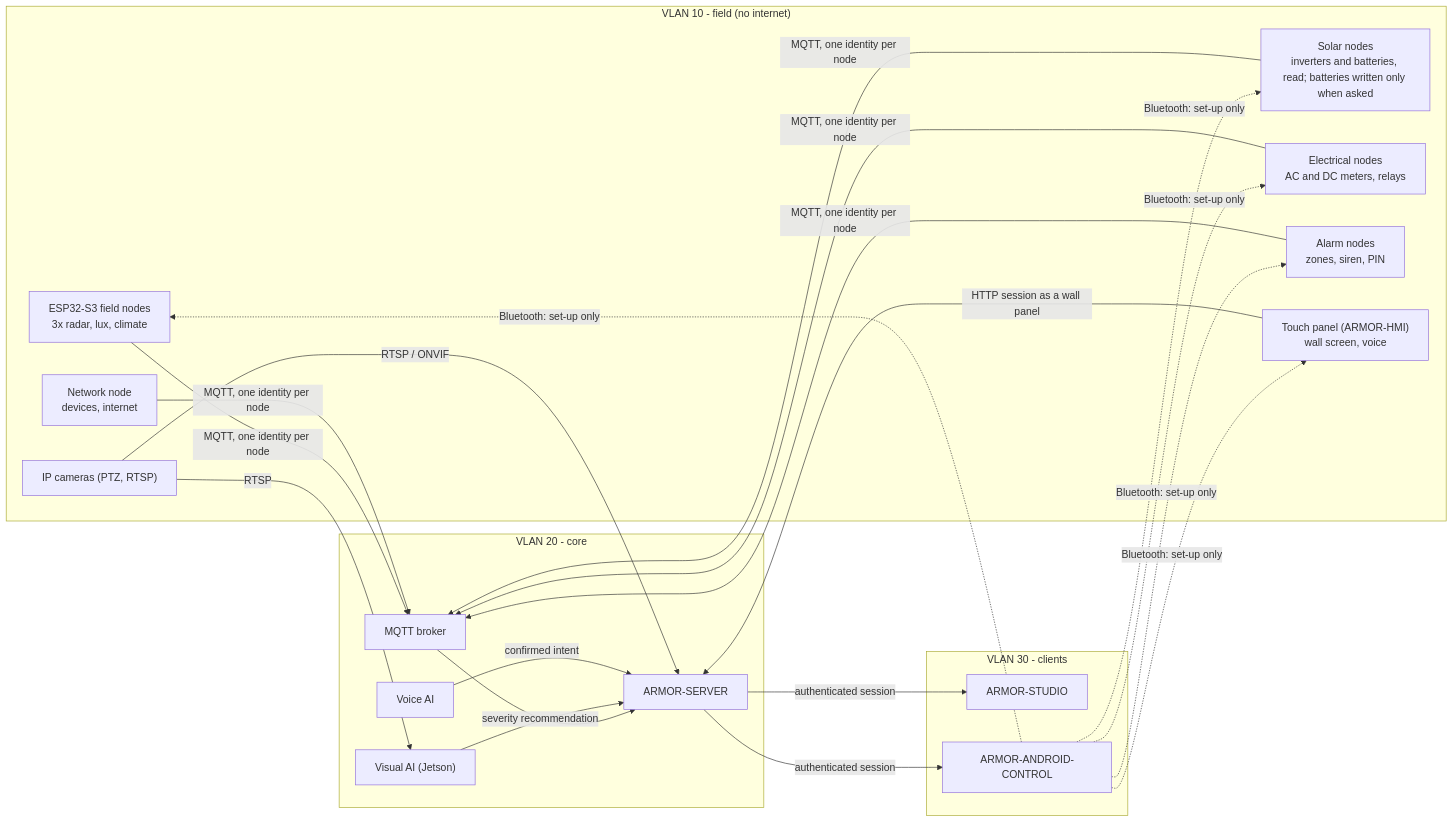
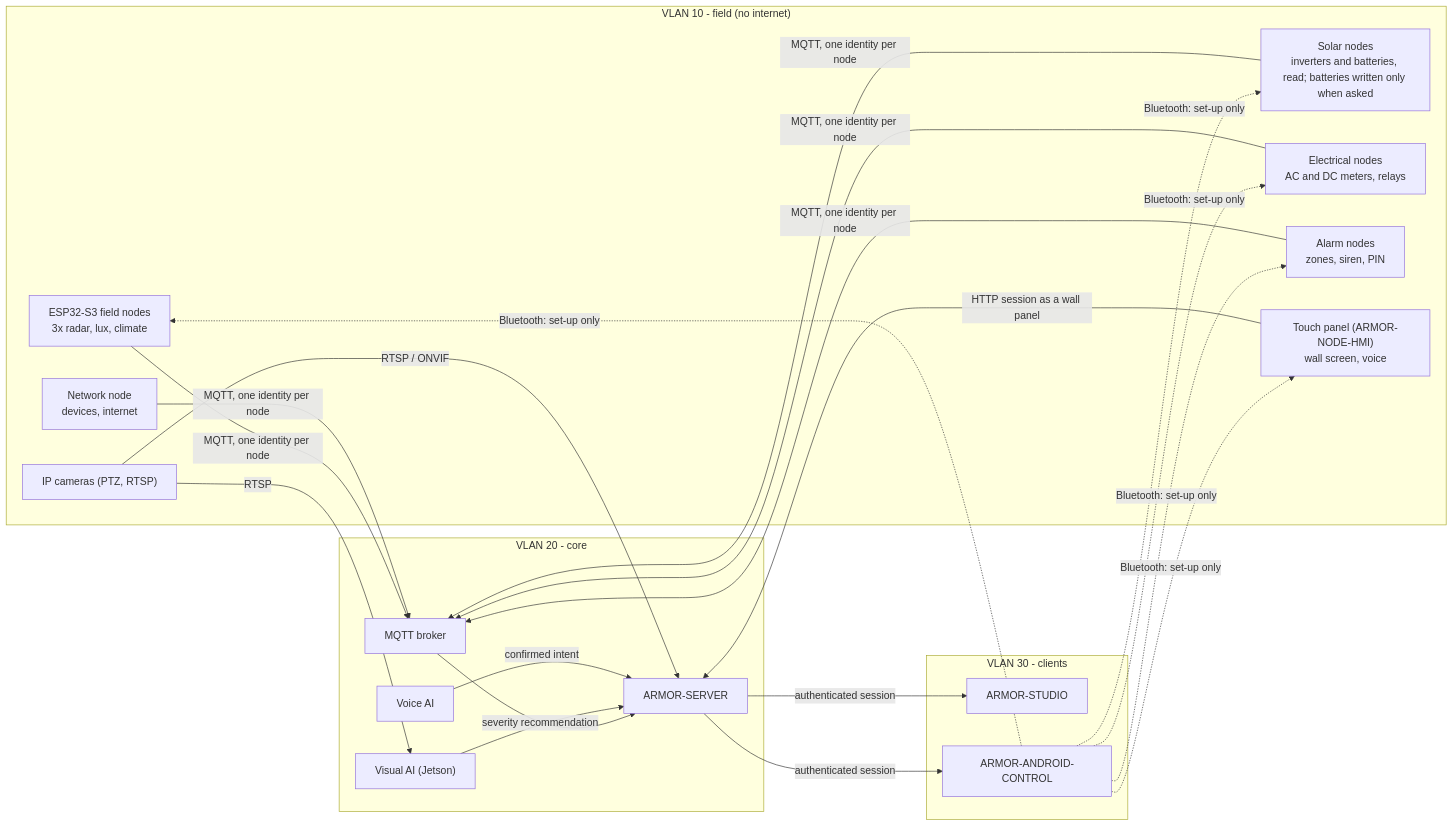
One commit to JuanenRac/ARMOR-DOCS changed the diagram in docs/ARCHITECTURE.md. Above: the diagram before and after it, drawn with Mermaid. The commit also changed other lines of this file and 26 other files, not shown here.

Commit message:
Rename the node repositories to ARMOR-NODE-<name> in every reference

````diff
--- a/docs/ARCHITECTURE.md
+++ b/docs/ARCHITECTURE.md
@@ -3,40 +3,40 @@
 ```mermaid
 flowchart LR
   subgraph field["VLAN 10 - field (no internet)"]
     N["ESP32-S3 field nodes<br/>3x radar, lux, climate"]
     SN["Solar nodes<br/>inverters and batteries, read; batteries written only when asked"]
     EN["Electrical nodes<br/>AC and DC meters, relays"]
     AN["Alarm nodes<br/>zones, siren, PIN"]
     NN["Network node<br/>devices, internet"]
-    HM["Touch panel (ARMOR-HMI)<br/>wall screen, voice"]
+    HM["Touch panel (ARMOR-NODE-HMI)<br/>wall screen, voice"]
     C["IP cameras (PTZ, RTSP)"]
   end
   subgraph core["VLAN 20 - core"]
     B["MQTT broker"]
     S["ARMOR-SERVER"]
     V["Visual AI (Jetson)"]
     P["Voice AI"]
   end
   subgraph clients["VLAN 30 - clients"]
     W["ARMOR-STUDIO"]
     A["ARMOR-ANDROID-CONTROL"]
   end
   N -->|"MQTT, one identity per node"| B
   SN -->|"MQTT, one identity per node"| B
   EN -->|"MQTT, one identity per node"| B
   AN -->|"MQTT, one identity per node"| B
   NN -->|"MQTT, one identity per node"| B
   HM -->|"HTTP session as a wall panel"| S
   B --> S
   C -->|"RTSP / ONVIF"| S
   C -->|"RTSP"| V
   V -->|"severity recommendation"| S
   P -->|"confirmed intent"| S
   S -->|"authenticated session"| W
   S -->|"authenticated session"| A
   A -.->|"Bluetooth: set-up only"| N
   A -.->|"Bluetooth: set-up only"| SN
   A -.->|"Bluetooth: set-up only"| EN
   A -.->|"Bluetooth: set-up only"| AN
   A -.->|"Bluetooth: set-up only"| HM
 ```
````
